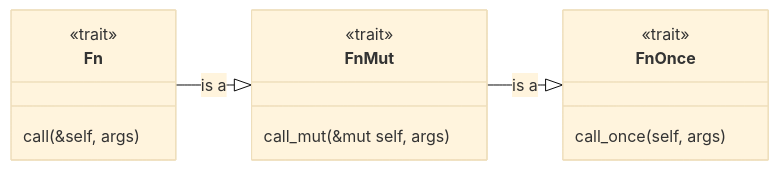
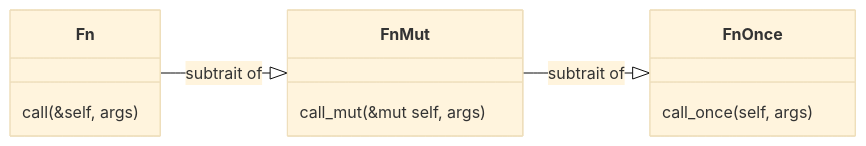
One commit to sdsc-ordes/technical-presentation changed the diagram in src/presentations/presentation-1/includes/1-foundation/closures.md. Above: the diagram before and after it, drawn with Mermaid. The commit also changed other lines of this file and 5 other files, not shown here.

````diff
--- a/src/presentations/presentation-1/includes/1-foundation/closures.md
+++ b/src/presentations/presentation-1/includes/1-foundation/closures.md
@@ -213,30 +237,27 @@
 ```mermaid {style="width:80%"}
 %%{
   init: {
     "theme": "base",
     "themeVariables": {
       "fontFamily": "JetbrainsMono NFM"
     }
   }
 }%%
 classDiagram
 direction LR
 
-FnMut --|> FnOnce : is a
-Fn --|> FnMut : is a
+FnMut --|> FnOnce : subtrait of
+Fn --|> FnMut : subtrait of
 
 class FnOnce {
-    <<trait>>
     call_once(self, args)
 }
 
 class FnMut {
-    <<trait>>
     call_mut(&mut self,  args)
 }
 
 class Fn {
-    <<trait>>
     call(&self, args)
 }
 ```
````
